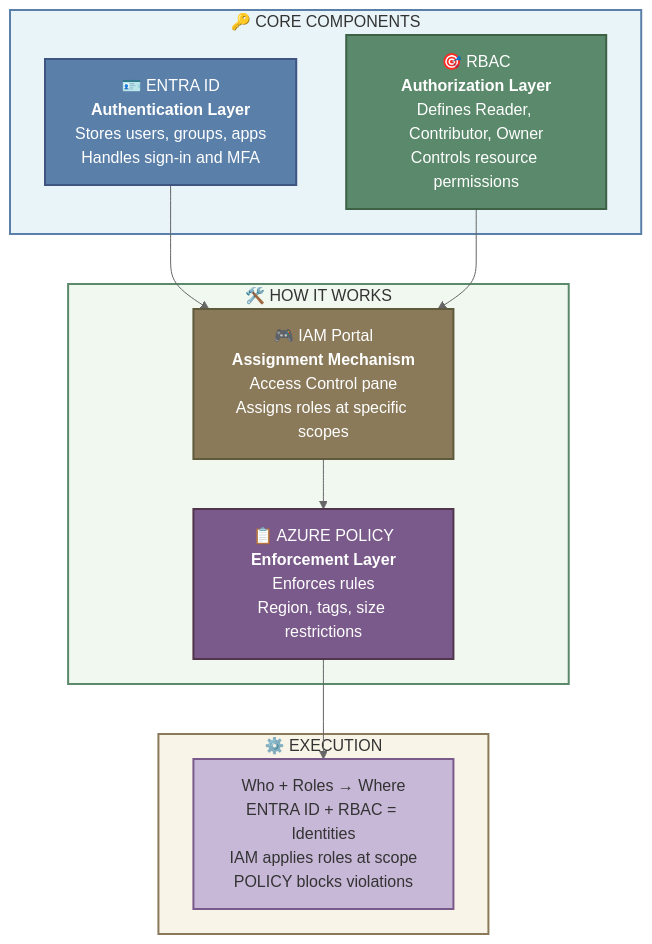
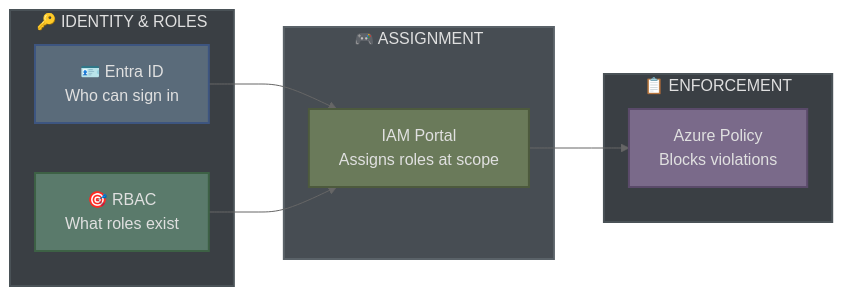
The second of 2 diagrams in 01-identity-governance/README.md (rubak714/azure-system-administration), drawn with Mermaid (neutral theme) before and after one commit. The commit also changed other lines of this file, not shown here.

First line of the commit message:
docs: optimize diagram layouts and apply GitHub-themed dark ash color scheme

````diff
--- a/01-identity-governance/README.md
+++ b/01-identity-governance/README.md
@@ -88,30 +86,27 @@
 ```mermaid
-graph TB
-    subgraph Foundation["🔑 CORE COMPONENTS"]
-        ENTRA["🪪 ENTRA ID<br/><b>Authentication Layer</b><br/>Stores users, groups, apps<br/>Handles sign-in and MFA"]
-        RBAC["🎯 RBAC<br/><b>Authorization Layer</b><br/>Defines Reader, Contributor, Owner<br/>Controls resource permissions"]
+graph LR
+    subgraph Layer1["🔑 IDENTITY & ROLES"]
+        ENTRA["🪪 Entra ID<br/>Who can sign in"]
+        RBAC["🎯 RBAC<br/>What roles exist"]
     end
     
-    subgraph Implementation["🛠️ HOW IT WORKS"]
-        IAM["🎮 IAM Portal<br/><b>Assignment Mechanism</b><br/>Access Control pane<br/>Assigns roles at specific scopes"]
-        ENFORCE["📋 AZURE POLICY<br/><b>Enforcement Layer</b><br/>Enforces rules<br/>Region, tags, size restrictions"]
+    subgraph Layer2["🎮 ASSIGNMENT"]
+        IAM["IAM Portal<br/>Assigns roles at scope"]
     end
     
-    subgraph Flow["⚙️ EXECUTION"]
-        PROCESS["Who + Roles → Where<br/>ENTRA ID + RBAC = Identities<br/>IAM applies roles at scope<br/>POLICY blocks violations"]
+    subgraph Layer3["📋 ENFORCEMENT"]
+        ENFORCE["Azure Policy<br/>Blocks violations"]
     end
     
     ENTRA --> IAM
     RBAC --> IAM
     IAM --> ENFORCE
-    ENFORCE --> PROCESS
     
-    style Foundation fill:#e8f4f8,stroke:#5A7FA8,stroke-width:2px,color:#333
-    style Implementation fill:#f0f8f0,stroke:#5A8A6B,stroke-width:2px,color:#333
-    style Flow fill:#f8f4e8,stroke:#8A7A5A,stroke-width:2px,color:#333
-    style ENTRA fill:#5A7FA8,stroke:#3D5580,stroke-width:2px,color:#fff
-    style RBAC fill:#5A8A6B,stroke:#3D6145,stroke-width:2px,color:#fff
-    style IAM fill:#8A7A5A,stroke:#605A3D,stroke-width:2px,color:#fff
-    style ENFORCE fill:#7A5A8A,stroke:#50354D,stroke-width:2px,color:#fff
-    style PROCESS fill:#c8b8d8,stroke:#7A5A8A,stroke-width:2px,color:#333
+    style Layer1 fill:#3a3f44,stroke:#4a5257,stroke-width:2px,color:#e0e0e0
+    style Layer2 fill:#474d53,stroke:#5a6268,stroke-width:2px,color:#e0e0e0
+    style Layer3 fill:#3a3f44,stroke:#4a5257,stroke-width:2px,color:#e0e0e0
+    style ENTRA fill:#5a6b7a,stroke:#3d5580,stroke-width:2px,color:#e0e0e0
+    style RBAC fill:#5a7a6b,stroke:#3d6145,stroke-width:2px,color:#e0e0e0
+    style IAM fill:#6a7a5a,stroke:#4d5a3d,stroke-width:2px,color:#e0e0e0
+    style ENFORCE fill:#7a6a8a,stroke:#5a4a6a,stroke-width:2px,color:#e0e0e0
 ```
````
